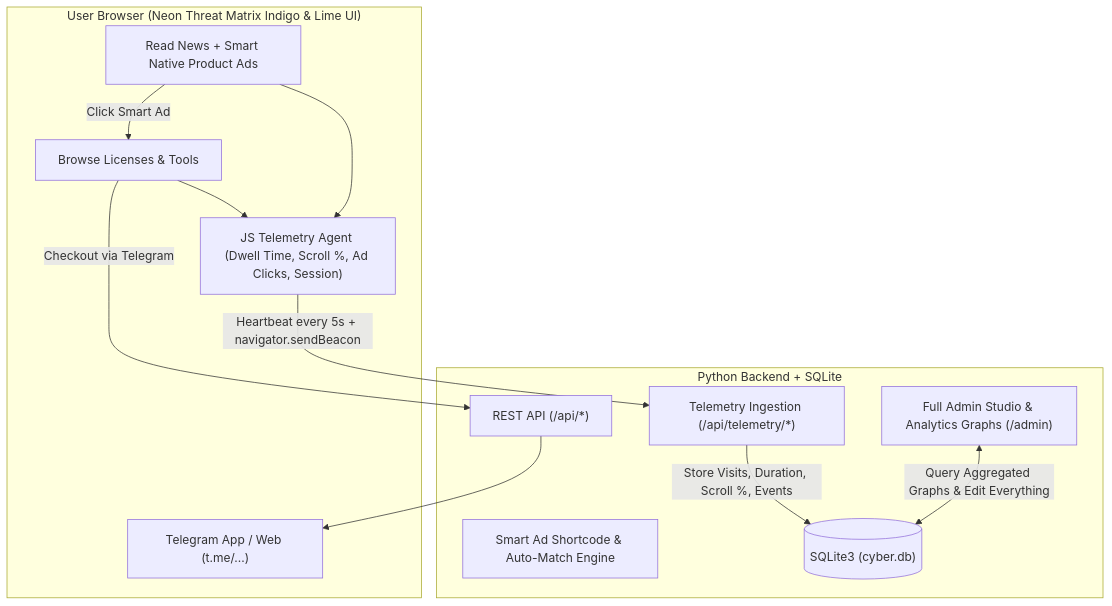
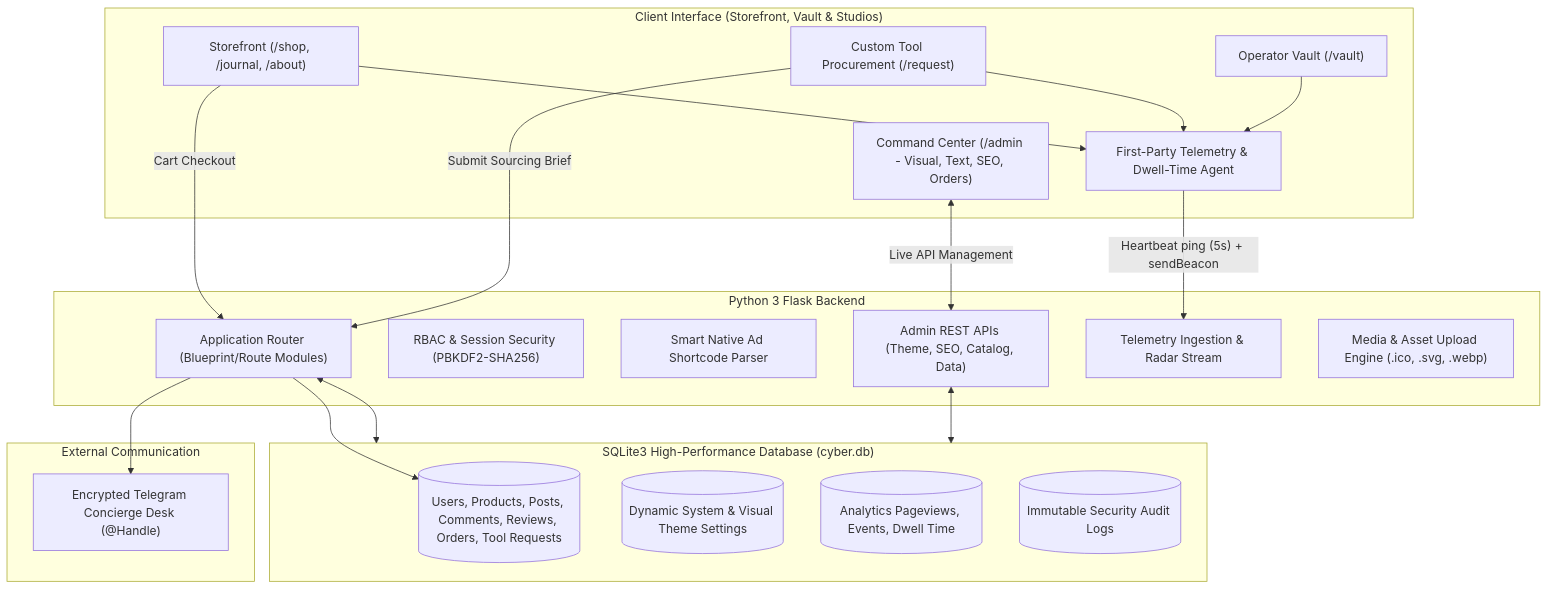
The first of 2 diagrams in README.md (siuxsa/store), drawn with Mermaid before and after one commit. The commit also changed other lines of this file, not shown here.

Commit message:
Docs: Fully update README.md with complete architecture, features, and schemas

````diff
--- a/README.md
+++ b/README.md
@@ -52,24 +61,38 @@
 ```mermaid
 flowchart TD
-    subgraph Client ["User Browser (Neon Threat Matrix Indigo & Lime UI)"]
-        Store["Browse Licenses & Tools"]
-        Blog["Read News + Smart Native Product Ads"]
-        Tracker["JS Telemetry Agent (Dwell Time, Scroll %, Ad Clicks, Session)"]
-        TG["Telegram App / Web (t.me/...)"]
+    subgraph Client ["Client Interface (Storefront, Vault & Studios)"]
+        Public["Storefront (/shop, /journal, /about)"]
+        RequestDesk["Custom Tool Procurement (/request)"]
+        Vault["Operator Vault (/vault)"]
+        TelemetryAgent["First-Party Telemetry & Dwell-Time Agent"]
+        AdminUI["Command Center (/admin - Visual, Text, SEO, Orders)"]
     end
 
-    subgraph Server ["Python Backend + SQLite"]
-        Parser["Smart Ad Shortcode & Auto-Match Engine"]
-        API["REST API (/api/*)"]
-        TelemetryAPI["Telemetry Ingestion (/api/telemetry/*)"]
-        DB[("SQLite3 (cyber.db)")]
-        Admin["Full Admin Studio & Analytics Graphs (/admin)"]
+    subgraph Server ["Python 3 Flask Backend"]
+        Routing["Application Router (Blueprint/Route Modules)"]
+        AuthModule["RBAC & Session Security (PBKDF2-SHA256)"]
+        SmartAds["Smart Native Ad Shortcode Parser"]
+        AdminAPI["Admin REST APIs (Theme, SEO, Catalog, Data)"]
+        TelemetryIngest["Telemetry Ingestion & Radar Stream"]
+        UploadEngine["Media & Asset Upload Engine (.ico, .svg, .webp)"]
     end
 
-    Store & Blog --> Tracker
-    Tracker -->|"Heartbeat every 5s + navigator.sendBeacon"| TelemetryAPI
-    TelemetryAPI -->|"Store Visits, Duration, Scroll %, Events"| DB
-    Blog -->|"Click Smart Ad"| Store
-    Store -->|"Checkout via Telegram"| API --> TG
-    Admin <-->|"Query Aggregated Graphs & Edit Everything"| DB
+    subgraph Storage ["SQLite3 High-Performance Database (cyber.db)"]
+        DBCore[("Users, Products, Posts, Comments, Reviews, Orders, Tool Requests")]
+        DBSettings[("Dynamic System & Visual Theme Settings")]
+        DBAnalytics[("Analytics Pageviews, Events, Dwell Time")]
+        DBAudit[("Immutable Security Audit Logs")]
+    end
+
+    subgraph External ["External Communication"]
+        TelegramDesk["Encrypted Telegram Concierge Desk (@Handle)"]
+    end
+
+    Public & RequestDesk & Vault --> TelemetryAgent
+    TelemetryAgent -->|"Heartbeat ping (5s) + sendBeacon"| TelemetryIngest
+    Public -->|"Cart Checkout"| Routing --> TelegramDesk
+    RequestDesk -->|"Submit Sourcing Brief"| Routing --> DBCore
+    AdminUI <-->|"Live API Management"| AdminAPI
+    Routing <--> Storage
+    AdminAPI <--> Storage
 ```
````
